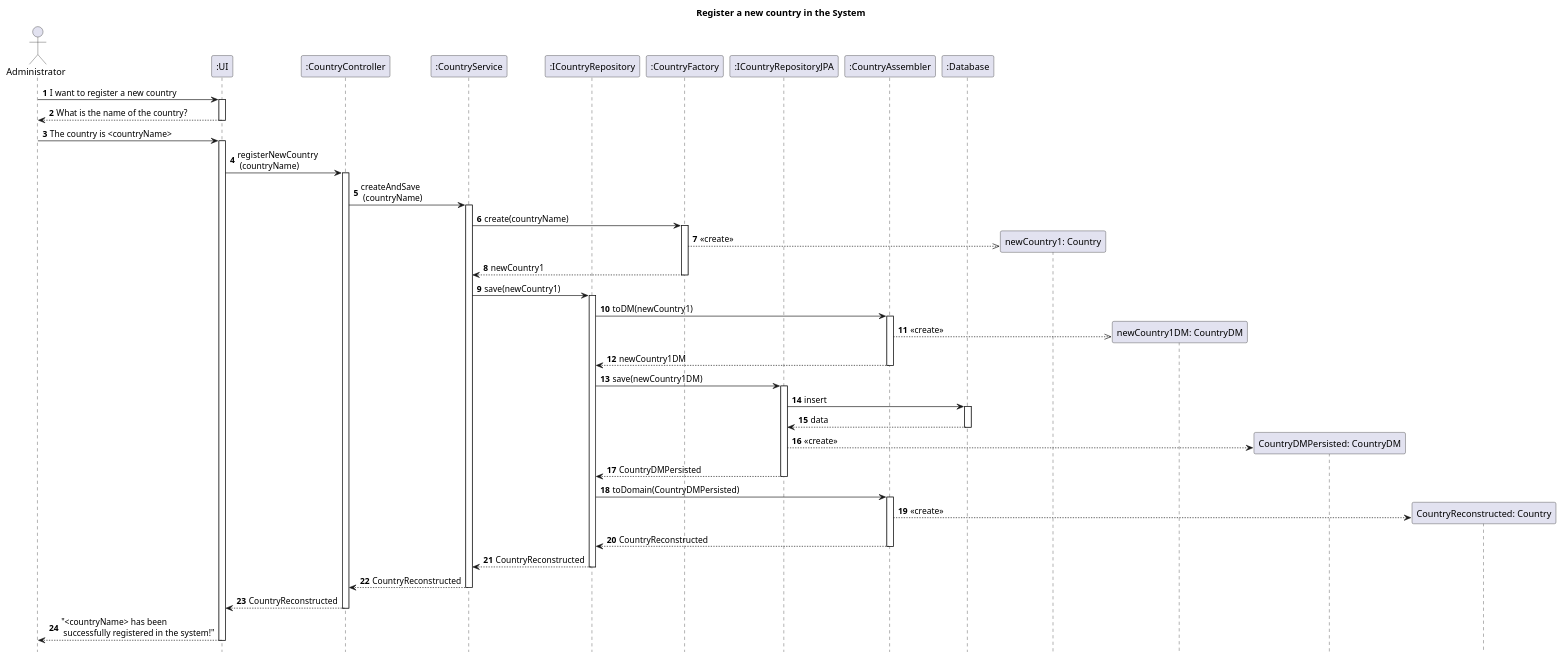
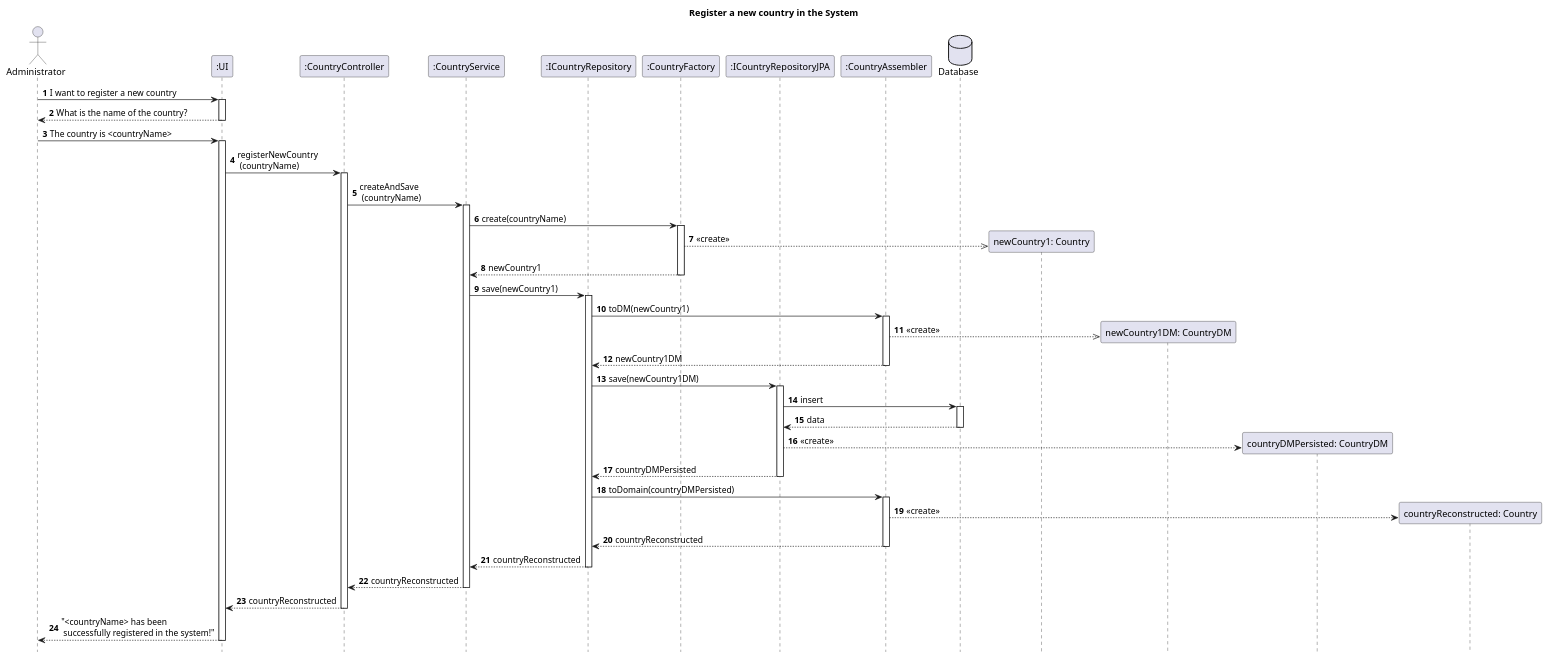
Before and after one commit to AndrePereiraGitH/SWitCH-Project-Team_A: the diagram in Diagrams/SequenceDiagrams/N2/To-register-a-new-country-in-the-system.puml, drawn with PlantUML. The commit also changed 1 other file, not shown here.

```diff
--- a/Diagrams/SequenceDiagrams/N2/To-register-a-new-country-in-the-system.puml
+++ b/Diagrams/SequenceDiagrams/N2/To-register-a-new-country-in-the-system.puml
@@ -1,83 +1,83 @@
 @startuml
 
 footbox off
 
 title Register a new country in the System
 
 
 actor Administrator
 participant ":UI" as UI
 
 autonumber
 
 
 participant ":CountryController" as CountryController
 participant ":CountryService" as CountryService
 participant ":ICountryRepository" as ICountryRepository
 participant ":CountryFactory" as CountryFactory
 participant ":ICountryRepositoryJPA" as JPA
 participant ":CountryAssembler" as Assembler
-participant ":Database" as DB
+database "Database" as DB
 
 
 Administrator -> UI : I want to register a new country
 activate UI
 UI --> Administrator : What is the name of the country?
 deactivate UI
 
 Administrator -> UI : The country is <countryName>
 activate UI
 
 UI -> CountryController : registerNewCountry\n (countryName)
 activate CountryController
 
 
 CountryController -> CountryService : createAndSave\n (countryName)
 
 activate CountryService
 CountryService -> CountryFactory : create(countryName)
 
 activate CountryFactory
 create participant "newCountry1: Country" as Country
 CountryFactory -->> Country : «create»
 CountryFactory --> CountryService : newCountry1
 deactivate CountryFactory
 
 CountryService -> ICountryRepository : save(newCountry1)
 activate ICountryRepository
 ICountryRepository -> Assembler : toDM(newCountry1)
 activate Assembler
 create participant "newCountry1DM: CountryDM" as CountryDM
 Assembler -->> CountryDM : «create»
 Assembler --> ICountryRepository : newCountry1DM
 
 deactivate Assembler
 ICountryRepository -> JPA : save(newCountry1DM)
 activate JPA
 
 JPA -> DB : insert
 activate DB
 DB --> JPA : data
 deactivate DB
-create participant "CountryDMPersisted: CountryDM" as CountryDMPersisted
+create participant "countryDMPersisted: CountryDM" as CountryDMPersisted
 JPA --> CountryDMPersisted : «create»
-JPA --> ICountryRepository : CountryDMPersisted
+JPA --> ICountryRepository : countryDMPersisted
 deactivate JPA
-ICountryRepository -> Assembler : toDomain(CountryDMPersisted)
-create participant "CountryReconstructed: Country" as CountryReconstructed
+ICountryRepository -> Assembler : toDomain(countryDMPersisted)
+create participant "countryReconstructed: Country" as CountryReconstructed
 activate Assembler
 Assembler --> CountryReconstructed : «create»
-Assembler --> ICountryRepository : CountryReconstructed
+Assembler --> ICountryRepository : countryReconstructed
 deactivate Assembler
-ICountryRepository --> CountryService : CountryReconstructed
+ICountryRepository --> CountryService : countryReconstructed
 deactivate ICountryRepository
 
-CountryService --> CountryController : CountryReconstructed
+CountryService --> CountryController : countryReconstructed
 deactivate CountryService
 
-CountryController --> UI : CountryReconstructed
+CountryController --> UI : countryReconstructed
 deactivate CountryController
 UI --> Administrator : "<countryName> has been\n successfully registered in the system!"
 deactivate UI
 
 @enduml
```
